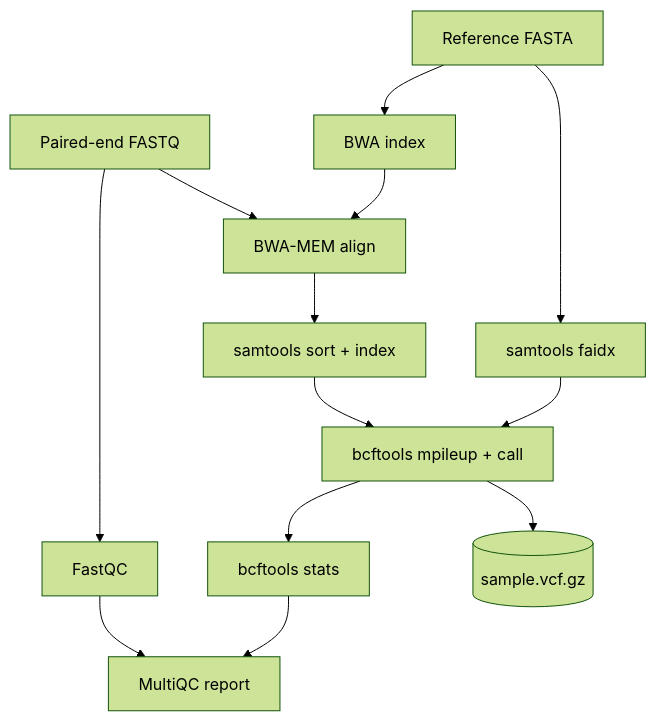
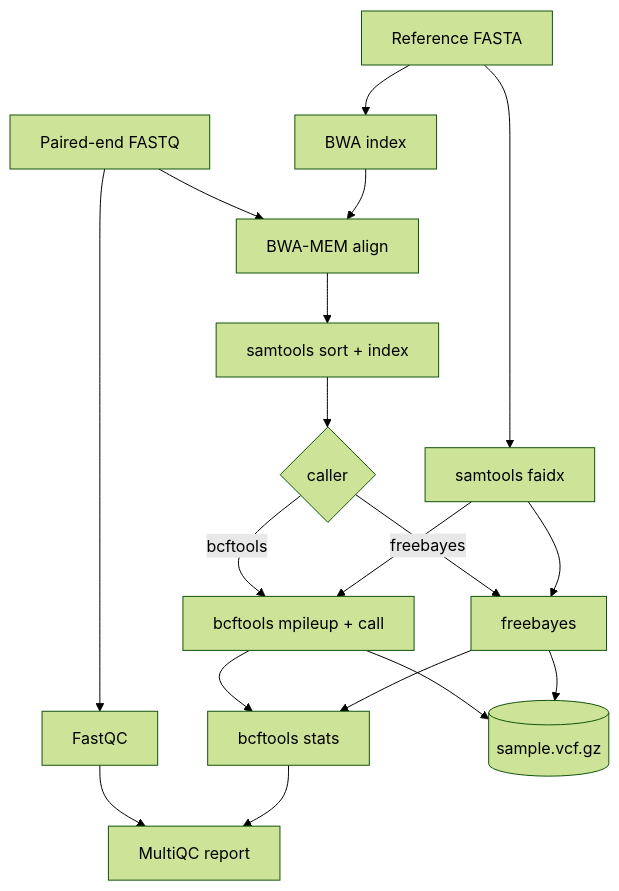
Before and after one commit to IvayloKiryazov/varcall-nf: the diagram in README.md, drawn with Mermaid (forest theme). The commit also changed other lines of this file and 18 other files, not shown here.

````diff
--- a/README.md
+++ b/README.md
@@ -18,15 +38,20 @@
 ```mermaid
 flowchart TD
     A[Paired-end FASTQ] --> B[FastQC]
     A --> D[BWA-MEM align]
     R[Reference FASTA] --> C[BWA index]
     R --> F[samtools faidx]
     C --> D
     D --> E[samtools sort + index]
-    E --> G[bcftools mpileup + call]
-    F --> G
-    G --> H[bcftools stats]
+    E --> G{caller}
+    G -->|bcftools| G1[bcftools mpileup + call]
+    G -->|freebayes| G2[freebayes]
+    F --> G1
+    F --> G2
+    G1 --> H[bcftools stats]
+    G2 --> H
     B --> I[MultiQC report]
     H --> I
-    G --> V[(sample.vcf.gz)]
+    G1 --> V[(sample.vcf.gz)]
+    G2 --> V
 ```
````
